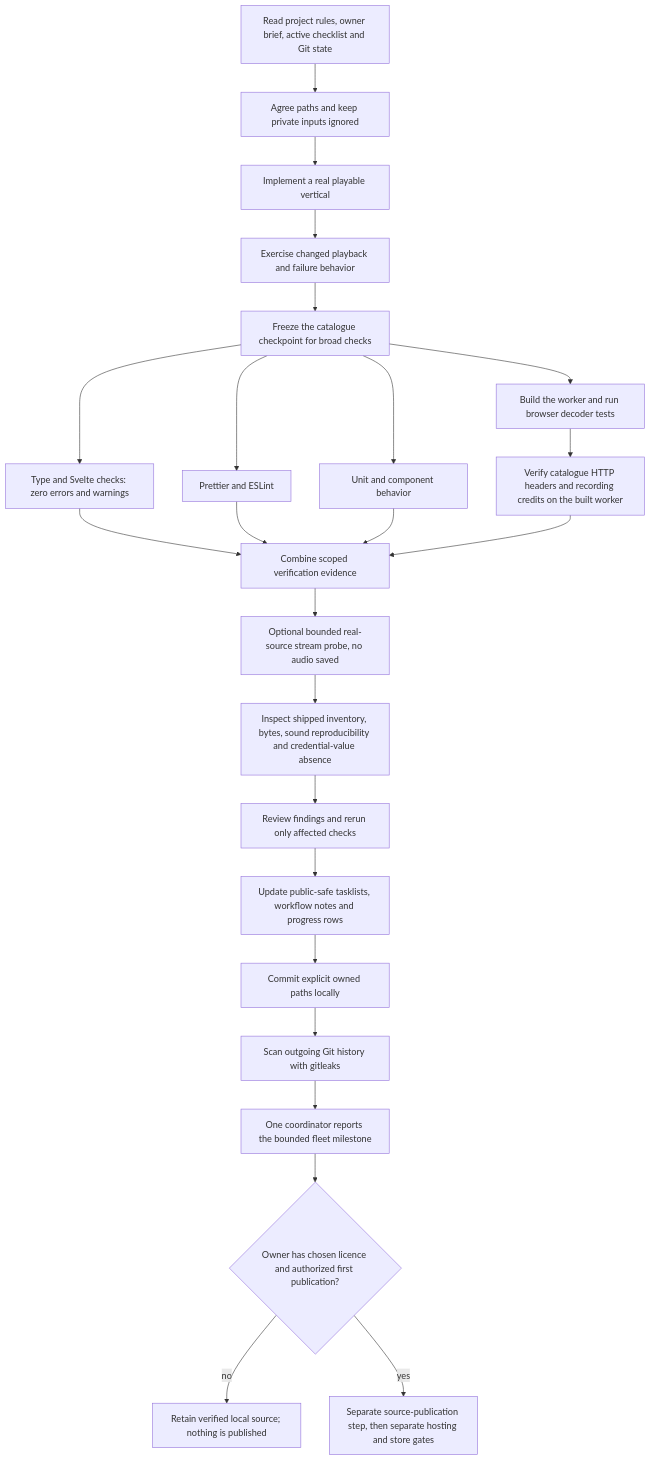
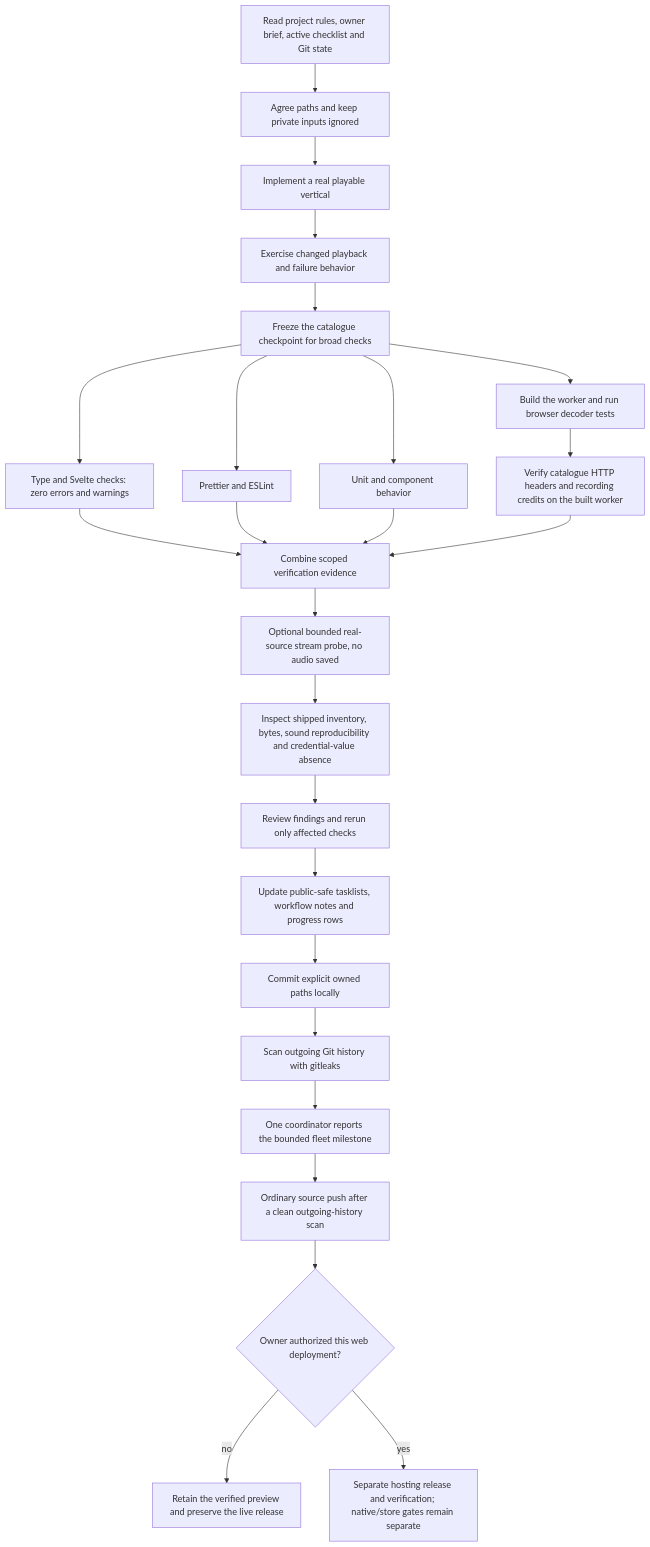
Before and after one commit to loveJesus/audiobiblerad.io-chirho: the diagram in spec-chirho/workflows-chirho/verification_workflow_chirho.md, drawn with Mermaid. The commit also changed other lines of this file and 40 other files, not shown here.

````diff
--- a/spec-chirho/workflows-chirho/verification_workflow_chirho.md
+++ b/spec-chirho/workflows-chirho/verification_workflow_chirho.md
@@ -5,26 +5,27 @@
 ```mermaid
 flowchart TD
     brief_chirho[Read project rules, owner brief, active checklist and Git state] --> scope_chirho[Agree paths and keep private inputs ignored]
     scope_chirho --> implement_chirho[Implement a real playable vertical]
     implement_chirho --> focus_chirho[Exercise changed playback and failure behavior]
     focus_chirho --> stable_chirho[Freeze the catalogue checkpoint for broad checks]
     stable_chirho --> check_chirho[Type and Svelte checks: zero errors and warnings]
     stable_chirho --> lint_chirho[Prettier and ESLint]
     stable_chirho --> unit_chirho[Unit and component behavior]
     stable_chirho --> browser_chirho[Build the worker and run browser decoder tests]
     browser_chirho --> routes_chirho[Verify catalogue HTTP headers and recording credits on the built worker]
     check_chirho --> proof_chirho[Combine scoped verification evidence]
     lint_chirho --> proof_chirho
     unit_chirho --> proof_chirho
     routes_chirho --> proof_chirho
     proof_chirho --> live_chirho[Optional bounded real-source stream probe, no audio saved]
     live_chirho --> inspect_chirho[Inspect shipped inventory, bytes, sound reproducibility and credential-value absence]
     inspect_chirho --> review_chirho[Review findings and rerun only affected checks]
     review_chirho --> record_chirho[Update public-safe tasklists, workflow notes and progress rows]
     record_chirho --> commit_chirho[Commit explicit owned paths locally]
     commit_chirho --> scan_chirho[Scan outgoing Git history with gitleaks]
     scan_chirho --> report_chirho[One coordinator reports the bounded fleet milestone]
-    report_chirho --> release_chirho{Owner has chosen licence and authorized first publication?}
-    release_chirho -- no --> local_chirho[Retain verified local source; nothing is published]
-    release_chirho -- yes --> future_chirho[Separate source-publication step, then separate hosting and store gates]
+    report_chirho --> push_chirho[Ordinary source push after a clean outgoing-history scan]
+    push_chirho --> release_chirho{Owner authorized this web deployment?}
+    release_chirho -- no --> local_chirho[Retain the verified preview and preserve the live release]
+    release_chirho -- yes --> future_chirho[Separate hosting release and verification; native/store gates remain separate]
 ```
````
